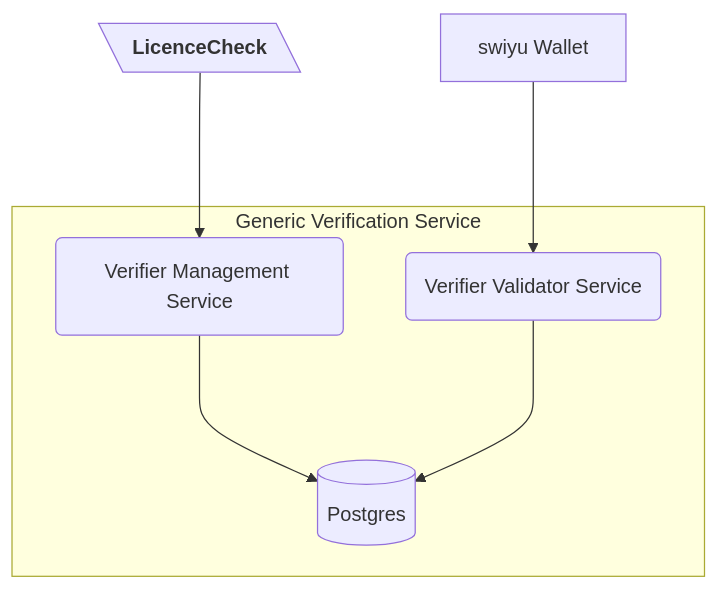
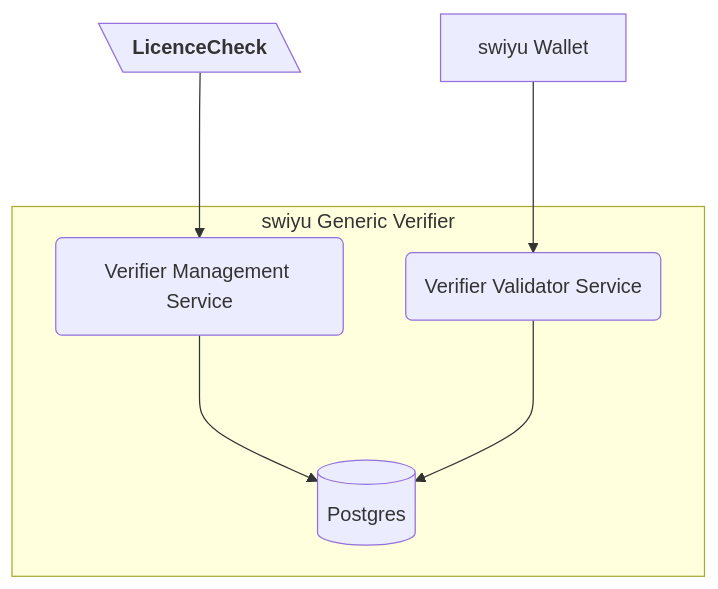
The diagram in README.md (swiyu-admin-ch/eidch-elfa-licencecheck), drawn with Mermaid before and after one commit.

````diff
--- a/README.md
+++ b/README.md
@@ -31,15 +31,15 @@
 ```mermaid
 flowchart TD
     lc[\"`**LicenceCheck**`"\]
     isam(Verifier Management Service)
     isdb[(Postgres)]
     isoi(Verifier Validator Service)
     wallet[swiyu Wallet]
     
-    subgraph Generic Verification Service
+    subgraph swiyu Generic Verifier
         isam ---> isdb
         isoi ---> isdb
     end
     lc ---> isam
     wallet ---> isoi
 ```
````
